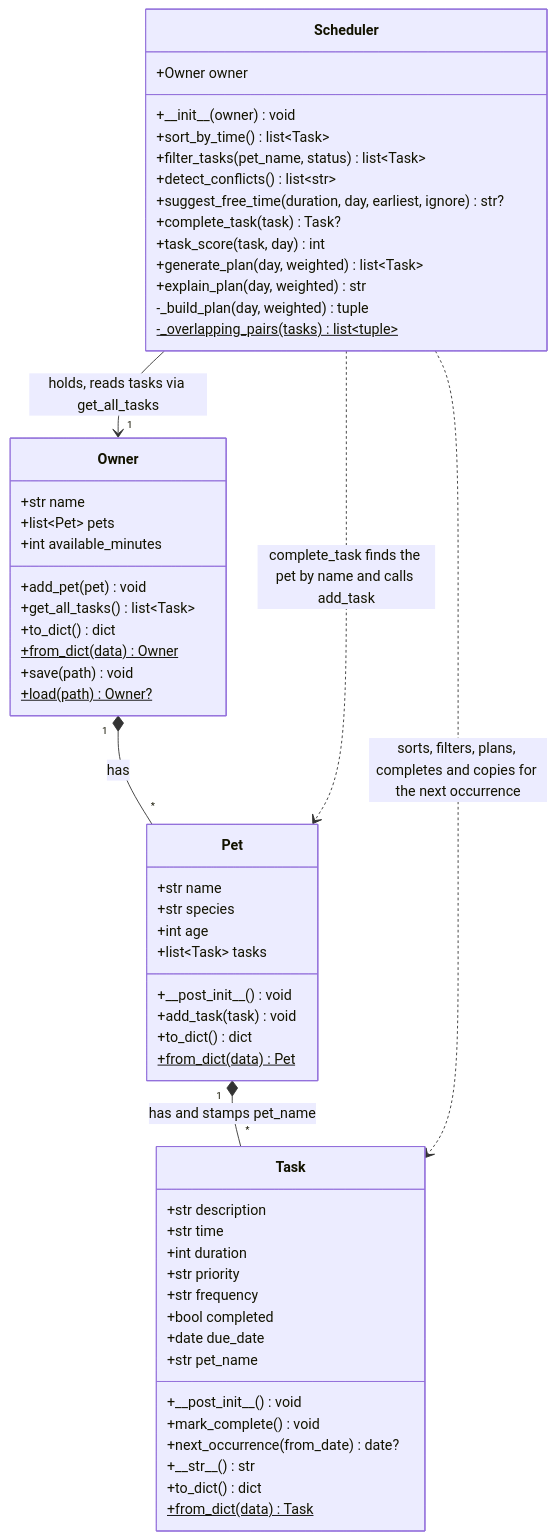
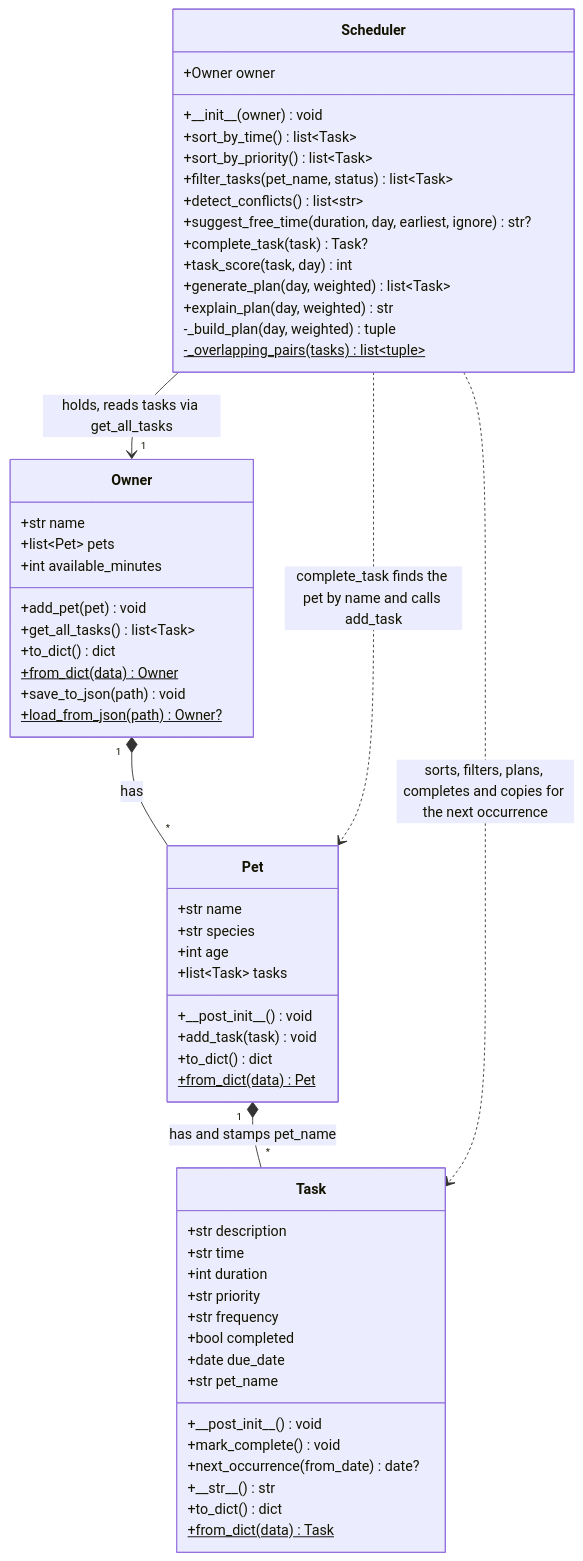
The diagram in diagrams/uml_final.mmd (EnigmaEngineer/ai110-module2show-pawpal-starter), drawn with Mermaid before and after one commit. The commit also changed 27 other files, not shown here.

First line of the commit message:
feat: formatted output, priority sorting, persistence hardening and multi-model comparison

```diff
--- a/diagrams/uml_final.mmd
+++ b/diagrams/uml_final.mmd
@@ -1,65 +1,67 @@
 classDiagram
     %% Mirrors pawpal_system.py. __post_init__ validates (Task) or copies and stamps (Pet) on construction.
+    %% formatting.py (icons, labels, tables) only reads these classes and is not part of the model.
     %% Module-level helpers are not classes and are left out:
     %% DATA_VERSION, PRIORITY_RANK, PRIORITY_POINTS, OVERDUE_POINTS_PER_DAY, FREQUENCY_DAYS, MINUTES_PER_DAY, TIME_PATTERN, _to_minutes, _format_minutes, _same_occurrence
     class Owner {
         +str name
         +list~Pet~ pets
         +int available_minutes
         +add_pet(pet) void
         +get_all_tasks() list~Task~
         +to_dict() dict
         +from_dict(data)$ Owner
-        +save(path) void
-        +load(path)$ Owner?
+        +save_to_json(path) void
+        +load_from_json(path)$ Owner?
     }
 
     class Pet {
         +str name
         +str species
         +int age
         +list~Task~ tasks
         +#95;#95;post_init#95;#95;() void
         +add_task(task) void
         +to_dict() dict
         +from_dict(data)$ Pet
     }
 
     class Task {
         +str description
         +str time
         +int duration
         +str priority
         +str frequency
         +bool completed
         +date due_date
         +str pet_name
         +#95;#95;post_init#95;#95;() void
         +mark_complete() void
         +next_occurrence(from_date) date?
         +#95;#95;str#95;#95;() str
         +to_dict() dict
         +from_dict(data)$ Task
     }
 
     class Scheduler {
         +Owner owner
         +#95;#95;init#95;#95;(owner) void
         +sort_by_time() list~Task~
+        +sort_by_priority() list~Task~
         +filter_tasks(pet_name, status) list~Task~
         +detect_conflicts() list~str~
         +suggest_free_time(duration, day, earliest, ignore) str?
         +complete_task(task) Task?
         +task_score(task, day) int
         +generate_plan(day, weighted) list~Task~
         +explain_plan(day, weighted) str
         -_build_plan(day, weighted) tuple
         -_overlapping_pairs(tasks)$ list~tuple~
     }
 
     %% A Task knows its Pet only by the pet_name string, which Pet.add_task sets. There is no object link back.
     Owner "1" *-- "*" Pet : has
     Pet "1" *-- "*" Task : has and stamps pet_name
     Scheduler --> "1" Owner : holds, reads tasks via get_all_tasks
     Scheduler ..> Pet : complete_task finds the pet by name and calls add_task
     Scheduler ..> Task : sorts, filters, plans, completes and copies for the next occurrence
```
